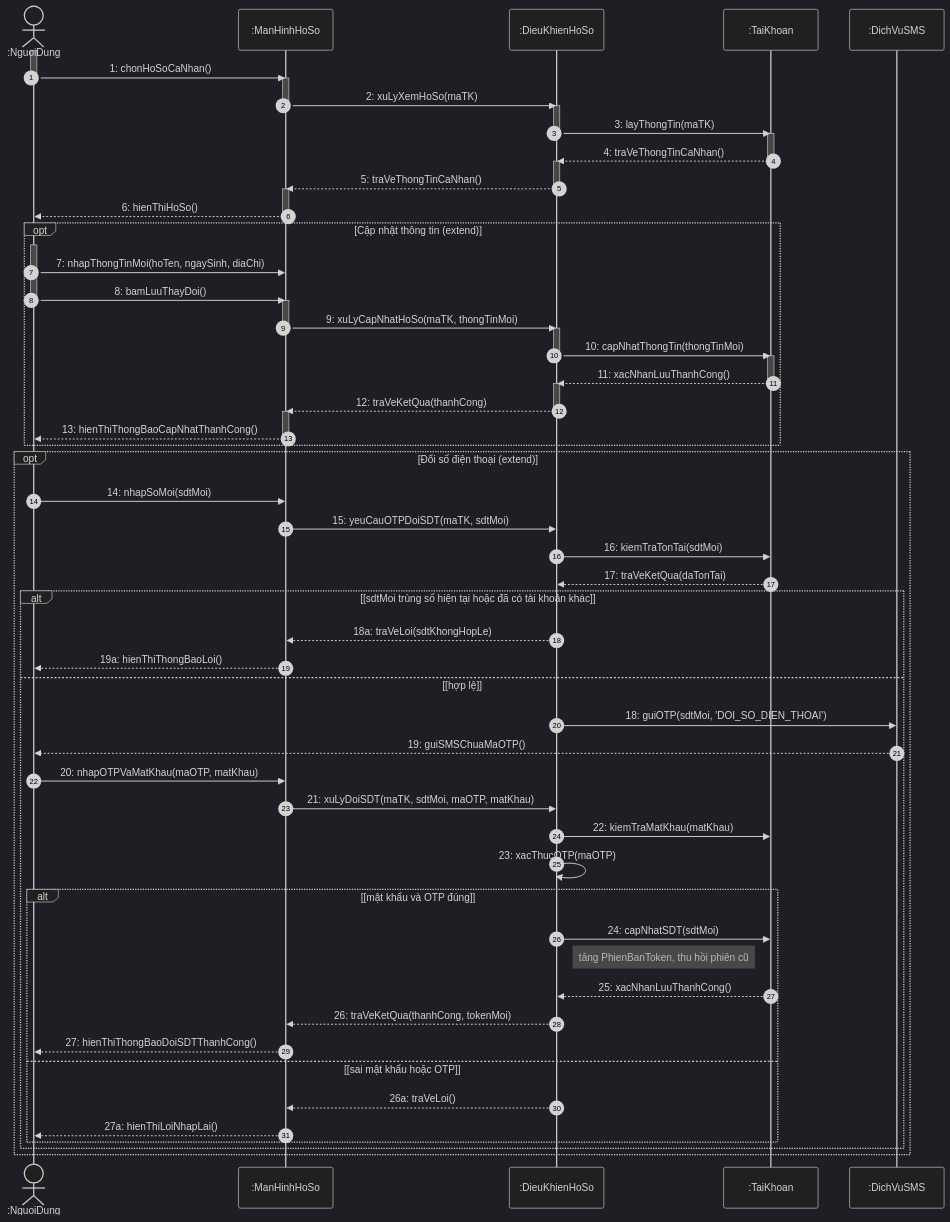
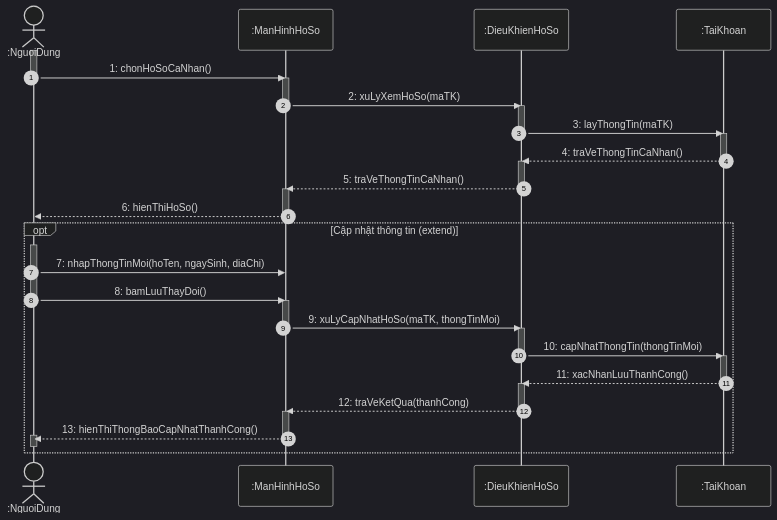
Before and after one commit to Longcodepro/Project_OOAD_HK1_2026-2027: diagram 12 of 20 in docs/sequence/Sequence_diagram.md, drawn with Mermaid (dark theme). The commit also changed other lines of this file, not shown here.

Commit message:
Add 2.18 (UC18) in sequence diagram

````diff
--- a/docs/sequence/Sequence_diagram.md
+++ b/docs/sequence/Sequence_diagram.md
@@ -937,7 +913,6 @@
     participant MH as :ManHinhHoSo
     participant DK as :DieuKhienHoSo
     participant TK as :TaiKhoan
-    participant SMS as :DichVuSMS
 
     %% Luồng 1: Xem hồ sơ cá nhân
     activate ND
@@ -963,8 +938,6 @@
     opt Cập nhật thông tin (extend)
         activate ND
         ND ->> MH: 7: nhapThongTinMoi(hoTen, ngaySinh, diaChi)
-        deactivate ND
-        activate ND
         ND ->> MH: 8: bamLuuThayDoi()
         deactivate ND
         activate MH
@@ -982,34 +955,7 @@
         activate MH
         MH -->> ND: 13: hienThiThongBaoCapNhatThanhCong()
         deactivate MH
-    end
-
-    %% Luồng 3: Đổi số điện thoại (OTP gửi tới số mới)
-    opt Đổi số điện thoại (extend)
-        ND ->> MH: 14: nhapSoMoi(sdtMoi)
-        MH ->> DK: 15: yeuCauOTPDoiSDT(maTK, sdtMoi)
-        DK ->> TK: 16: kiemTraTonTai(sdtMoi)
-        TK -->> DK: 17: traVeKetQua(daTonTai)
-        alt [sdtMoi trùng số hiện tại hoặc đã có tài khoản khác]
-            DK -->> MH: 18a: traVeLoi(sdtKhongHopLe)
-            MH -->> ND: 19a: hienThiThongBaoLoi()
-        else [hợp lệ]
-            DK ->> SMS: 18: guiOTP(sdtMoi, 'DOI_SO_DIEN_THOAI')
-            SMS -->> ND: 19: guiSMSChuaMaOTP()
-            ND ->> MH: 20: nhapOTPVaMatKhau(maOTP, matKhau)
-            MH ->> DK: 21: xuLyDoiSDT(maTK, sdtMoi, maOTP, matKhau)
-            DK ->> TK: 22: kiemTraMatKhau(matKhau)
-            DK ->> DK: 23: xacThucOTP(maOTP)
-            alt [mật khẩu và OTP đúng]
-                DK ->> TK: 24: capNhatSDT(sdtMoi)
-                Note right of DK: tăng PhienBanToken, thu hồi phiên cũ
-                TK -->> DK: 25: xacNhanLuuThanhCong()
-                DK -->> MH: 26: traVeKetQua(thanhCong, tokenMoi)
-                MH -->> ND: 27: hienThiThongBaoDoiSDTThanhCong()
-            else [sai mật khẩu hoặc OTP]
-                DK -->> MH: 26a: traVeLoi()
-                MH -->> ND: 27a: hienThiLoiNhapLai()
-            end
-        end
+        activate ND
+        deactivate ND
     end
 ```
````
